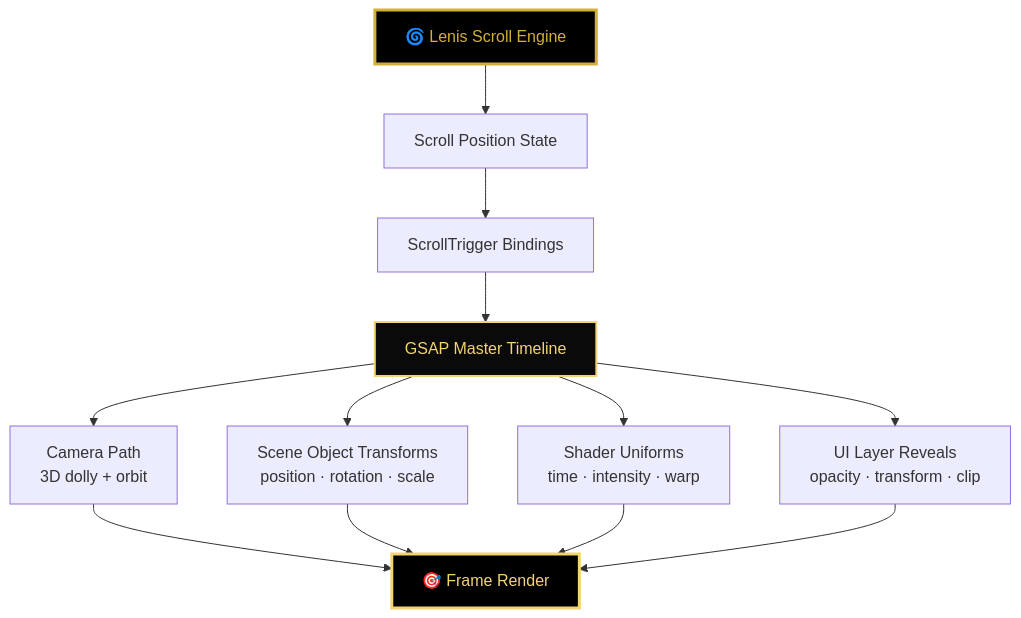
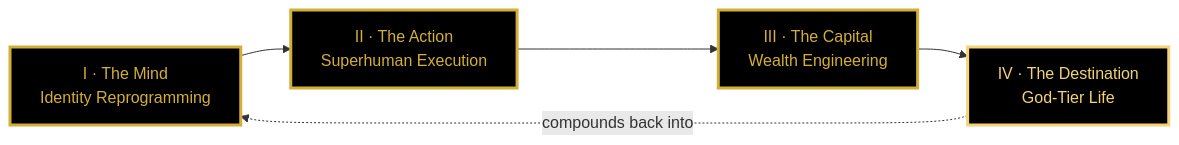
Before and after one commit to YasauraTeam/urlf-up: the diagram in README.md, drawn with Mermaid. The commit also changed other lines of this file, not shown here.

````diff
--- a/README.md
+++ b/README.md
@@ -153,21 +89,16 @@
 ```mermaid
-flowchart TB
-    SCROLL[🌀 Lenis Scroll Engine] --> POS[Scroll Position State]
-    POS --> ST[ScrollTrigger Bindings]
+flowchart LR
+    M1[I · The Mind<br/>Identity Reprogramming]
+    M2[II · The Action<br/>Superhuman Execution]
+    M3[III · The Capital<br/>Wealth Engineering]
+    M4[IV · The Destination<br/>God-Tier Life]
 
-    ST --> TL1[GSAP Master Timeline]
+    M1 --> M2 --> M3 --> M4
 
-    TL1 --> CAM[Camera Path<br/>3D dolly + orbit]
-    TL1 --> OBJ[Scene Object Transforms<br/>position · rotation · scale]
-    TL1 --> SHD[Shader Uniforms<br/>time · intensity · warp]
-    TL1 --> UI[UI Layer Reveals<br/>opacity · transform · clip]
+    M4 -.->|compounds back into| M1
 
-    CAM --> R[🎯 Frame Render]
-    OBJ --> R
-    SHD --> R
-    UI --> R
-
-    style SCROLL fill:#000,stroke:#D4AF37,color:#D4AF37,stroke-width:3px
-    style TL1 fill:#0A0A0A,stroke:#F4D374,color:#F4D374,stroke-width:2px
-    style R fill:#000,stroke:#F4D374,color:#F4D374,stroke-width:3px
+    style M1 fill:#000,stroke:#D4AF37,color:#D4AF37,stroke-width:3px
+    style M2 fill:#000,stroke:#D4AF37,color:#D4AF37,stroke-width:3px
+    style M3 fill:#000,stroke:#D4AF37,color:#D4AF37,stroke-width:3px
+    style M4 fill:#000,stroke:#F4D374,color:#F4D374,stroke-width:3px
 ```
````
